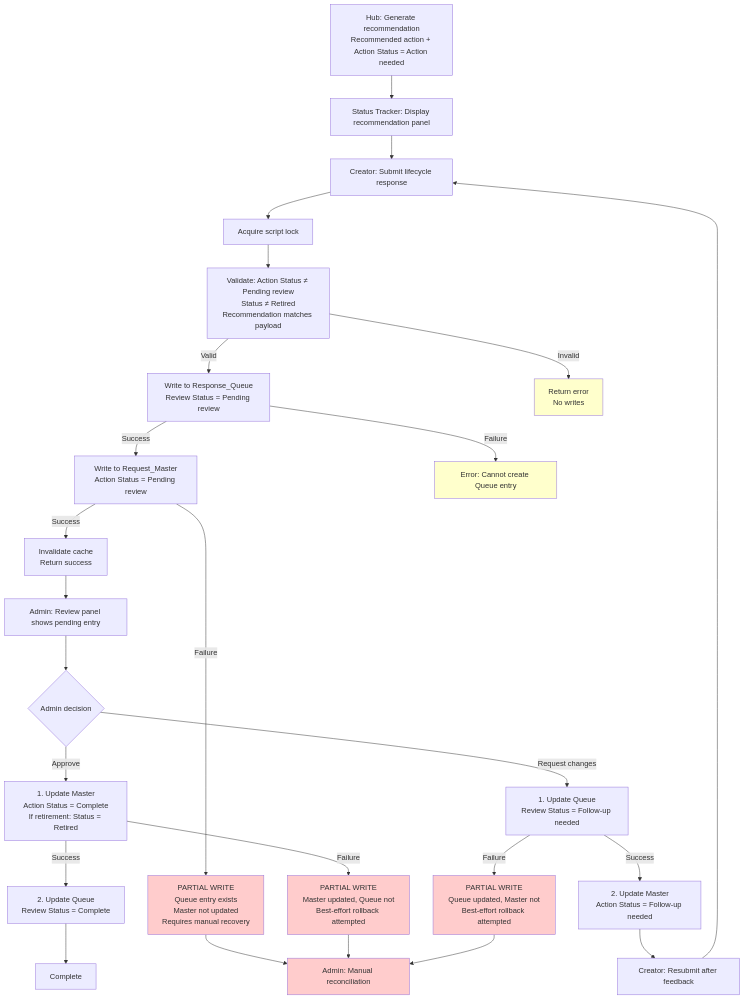
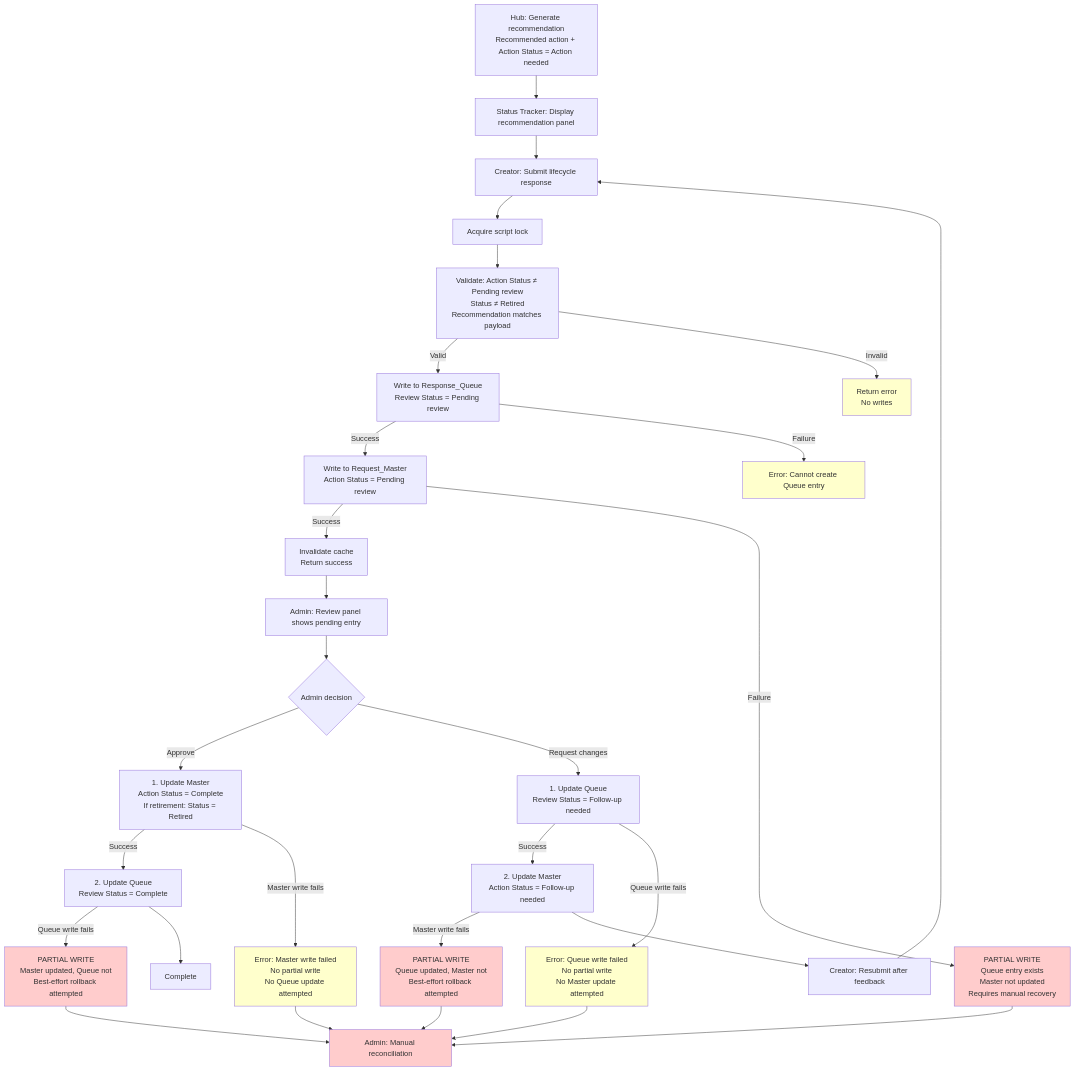
The diagram in docs/status-tracker-lifecycle.md (rubyyyyang/interactive-experience-intake), drawn with Mermaid before and after one commit. The commit also changed other lines of this file, not shown here.

First paragraph of the commit message:
docs: final targeted corrections for Status Tracker lifecycle documentation
Four corrections only (no rewrite, expansion, or restructure):

````diff
--- a/docs/status-tracker-lifecycle.md
+++ b/docs/status-tracker-lifecycle.md
@@ -24,35 +24,41 @@
 ```mermaid
 flowchart TD
     Start[Hub: Generate recommendation<br/>Recommended action + Action Status = Action needed]
     Start --> Display[Status Tracker: Display recommendation panel]
     Display --> Submit[Creator: Submit lifecycle response]
     Submit --> Lock[Acquire script lock]
     Lock --> Validate[Validate: Action Status ≠ Pending review<br/>Status ≠ Retired<br/>Recommendation matches payload]
     Validate -->|Valid| Queue[Write to Response_Queue<br/>Review Status = Pending review]
     Validate -->|Invalid| ErrorValidation[Return error<br/>No writes]
     Queue -->|Success| Master[Write to Request_Master<br/>Action Status = Pending review]
     Queue -->|Failure| ErrorQueue[Error: Cannot create Queue entry]
     Master -->|Success| Cache[Invalidate cache<br/>Return success]
     Master -->|Failure| ErrorPartial[PARTIAL WRITE<br/>Queue entry exists<br/>Master not updated<br/>Requires manual recovery]
     Cache --> AdminPanel[Admin: Review panel shows pending entry]
     AdminPanel --> AdminDecision{Admin decision}
     AdminDecision -->|Approve| ApproveMaster[1. Update Master<br/>Action Status = Complete<br/>If retirement: Status = Retired]
     AdminDecision -->|Request changes| RejectQueue[1. Update Queue<br/>Review Status = Follow-up needed]
     ApproveMaster -->|Success| ApproveQueue[2. Update Queue<br/>Review Status = Complete]
     RejectQueue -->|Success| RejectMaster[2. Update Master<br/>Action Status = Follow-up needed]
-    ApproveMaster -->|Failure| ApprovePartial[PARTIAL WRITE<br/>Master updated, Queue not<br/>Best-effort rollback attempted]
-    RejectQueue -->|Failure| RejectPartial[PARTIAL WRITE<br/>Queue updated, Master not<br/>Best-effort rollback attempted]
+    ApproveMaster -->|Master write fails| ApproveMasterFail[Error: Master write failed<br/>No partial write<br/>No Queue update attempted]
+    ApproveQueue -->|Queue write fails| ApprovePartial[PARTIAL WRITE<br/>Master updated, Queue not<br/>Best-effort rollback attempted]
+    RejectQueue -->|Queue write fails| RejectQueueFail[Error: Queue write failed<br/>No partial write<br/>No Master update attempted]
+    RejectMaster -->|Master write fails| RejectPartial[PARTIAL WRITE<br/>Queue updated, Master not<br/>Best-effort rollback attempted]
     ApproveQueue --> Done[Complete]
     RejectMaster --> Resubmit[Creator: Resubmit after feedback]
     Resubmit --> Submit
     ErrorPartial --> ManualFix[Admin: Manual reconciliation]
     ApprovePartial --> ManualFix
     RejectPartial --> ManualFix
+    ApproveMasterFail --> ManualFix
+    RejectQueueFail --> ManualFix
 
     style ErrorPartial fill:#ffcccc
     style ApprovePartial fill:#ffcccc
     style RejectPartial fill:#ffcccc
+    style ApproveMasterFail fill:#ffffcc
+    style RejectQueueFail fill:#ffffcc
     style ErrorValidation fill:#ffffcc
     style ErrorQueue fill:#ffffcc
     style ManualFix fill:#ffcccc
 ```
````
